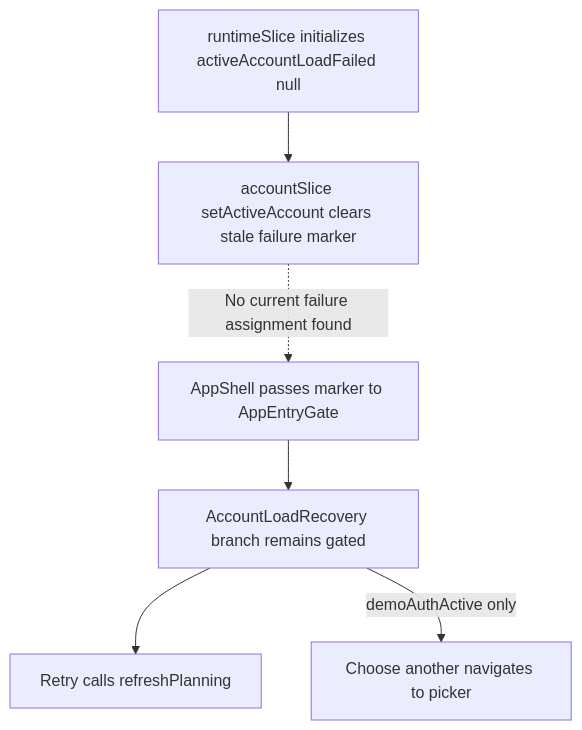
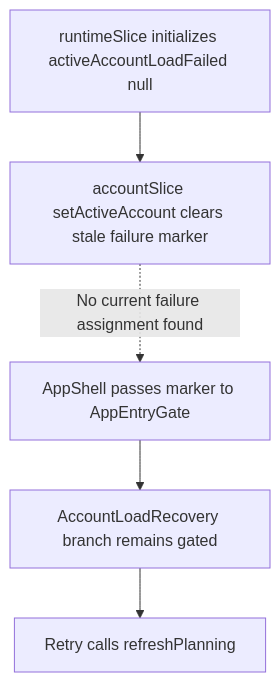
One commit to Kevinjohn/capacitylens changed the second of 2 diagrams in user-stories/navigation/US-NAV-20-account-load-recovery.md. Above: the diagram before and after it, drawn with Mermaid. The commit also changed other lines of this file and 343 other files, not shown here.

````diff
--- a/user-stories/navigation/US-NAV-20-account-load-recovery.md
+++ b/user-stories/navigation/US-NAV-20-account-load-recovery.md
@@ -33,8 +32,7 @@
 ```mermaid
 flowchart TD
   initial["runtimeSlice initializes activeAccountLoadFailed null"] --> clear["accountSlice setActiveAccount clears stale failure marker"]
   clear -. "No current failure assignment found" .-> shell["AppShell passes marker to AppEntryGate"]
   shell --> gate["AccountLoadRecovery branch remains gated"]
   gate --> retry["Retry calls refreshPlanning"]
-  gate -->|demoAuthActive only| choose["Choose another navigates to picker"]
 ```
````
